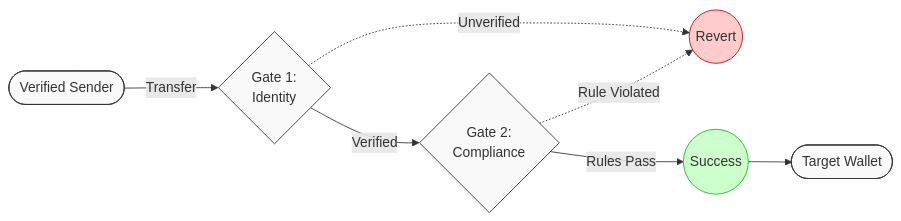
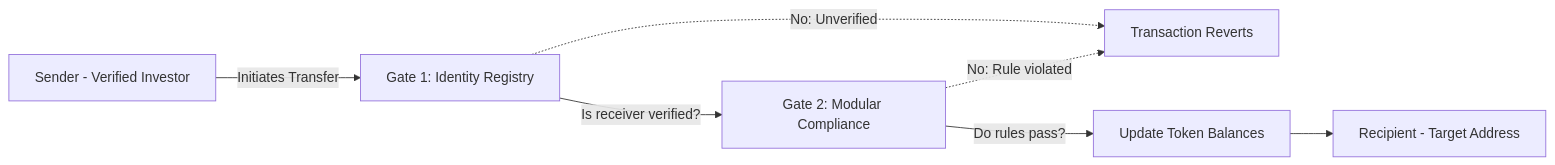
One commit to jevinjojo/AssetGate changed the diagram in README.md. Above: the diagram before and after it, drawn with Mermaid.

Commit message:
docs: revert mermaid diagram to original styling

````diff
--- a/README.md
+++ b/README.md
@@ -97,18 +97,12 @@
 ```mermaid
 flowchart LR
-    Sender([Verified Sender]) -->|Transfer| Gate1{"Gate 1:\nIdentity"}
+    Sender[Sender - Verified Investor] -->|Initiates Transfer| Gate1[Gate 1: Identity Registry]
     
-    Gate1 -->|Verified| Gate2{"Gate 2:\nCompliance"}
-    Gate1 -.->|Unverified| Revert((Revert))
+    Gate1 -->|Is receiver verified?| Gate2[Gate 2: Modular Compliance]
+    Gate1 -.->|No: Unverified| Revert[Transaction Reverts]
     
-    Gate2 -->|Rules Pass| Success((Success))
-    Gate2 -.->|Rule Violated| Revert
+    Gate2 -->|Do rules pass?| Success[Update Token Balances]
+    Gate2 -.->|No: Rule violated| Revert
     
-    Success --> Recipient([Target Wallet])
-    
-    classDef default fill:#f9f9f9,stroke:#333,stroke-width:1px;
-    classDef fail fill:#ffcccc,stroke:#cc0000;
-    classDef pass fill:#ccffcc,stroke:#00cc00;
-    class Revert fail;
-    class Success pass;
+    Success --> Recipient[Recipient - Target Address]
 ```
````
